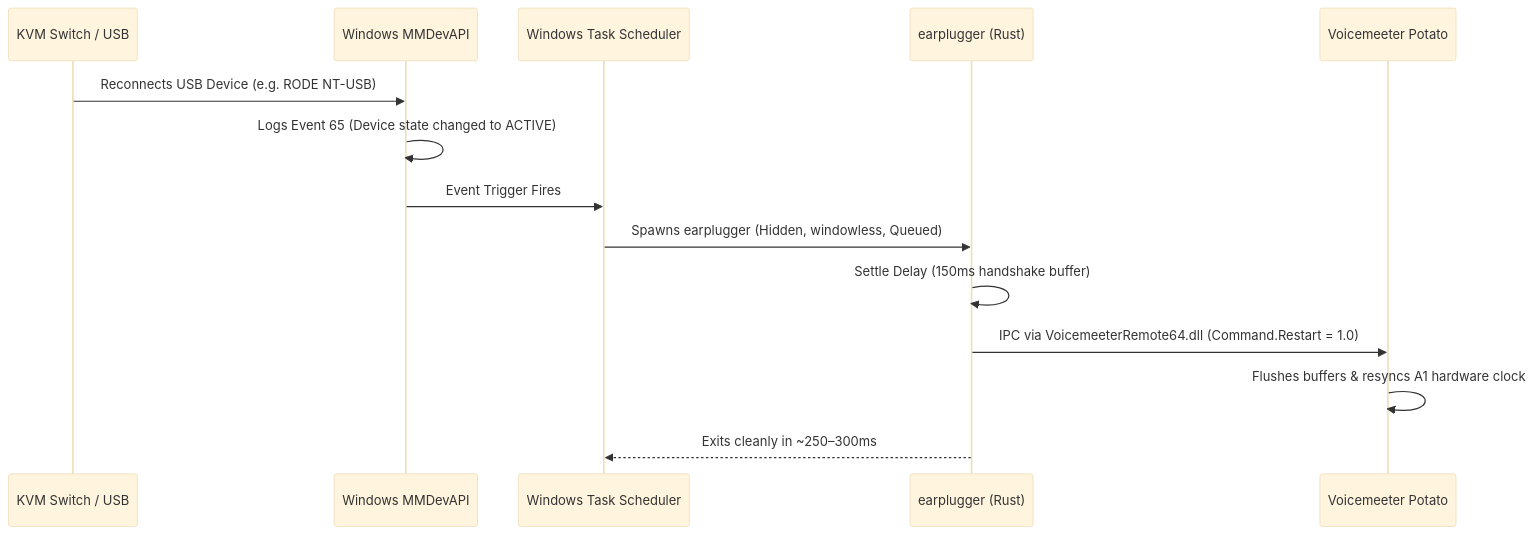
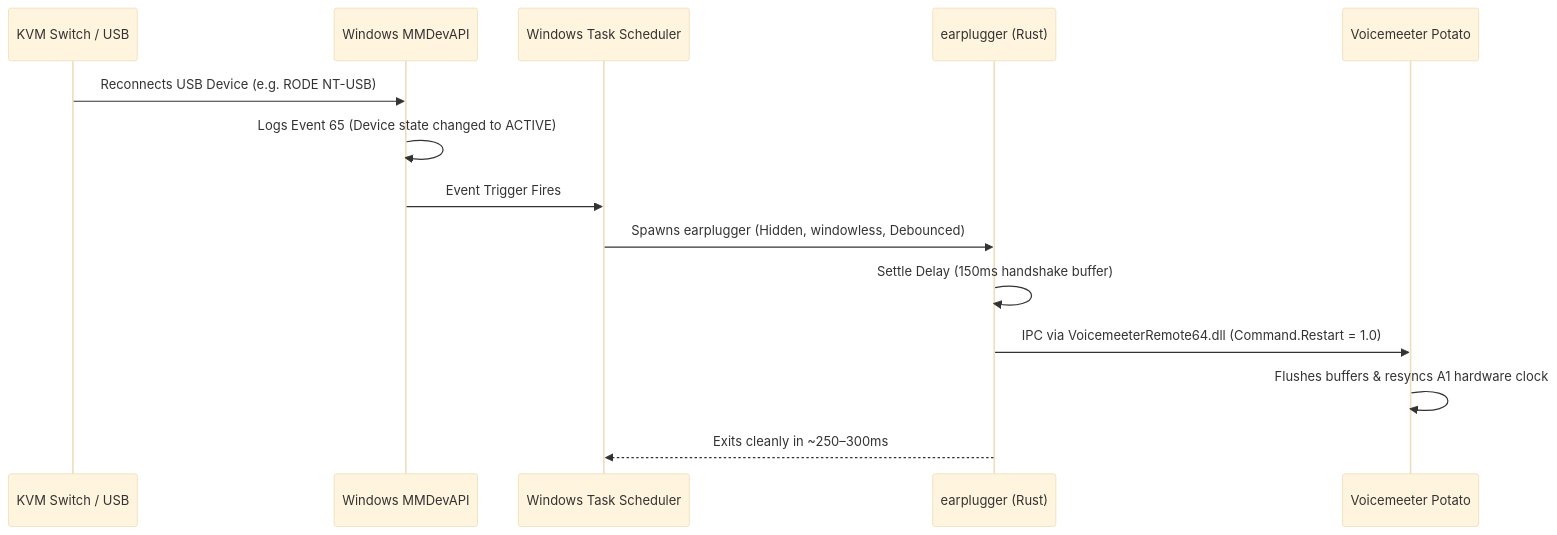
The diagram in README.md (johnathangallagher/earplugger), drawn with Mermaid (base theme) before and after one commit. The commit also changed other lines of this file and 7 other files, not shown here.

````diff
--- a/README.md
+++ b/README.md
@@ -40,17 +40,17 @@
 ```mermaid
 sequenceDiagram
     participant KVM as KVM Switch / USB
     participant Win as Windows MMDevAPI
     participant Task as Windows Task Scheduler
     participant EP as earplugger (Rust)
     participant VM as Voicemeeter Potato
 
     KVM->>Win: Reconnects USB Device (e.g. RODE NT-USB)
     Win->>Win: Logs Event 65 (Device state changed to ACTIVE)
     Win->>Task: Event Trigger Fires
-    Task->>EP: Spawns earplugger (Hidden, windowless, Queued)
+    Task->>EP: Spawns earplugger (Hidden, windowless, Debounced)
     EP->>EP: Settle Delay (150ms handshake buffer)
     EP->>VM: IPC via VoicemeeterRemote64.dll (Command.Restart = 1.0)
     VM->>VM: Flushes buffers & resyncs A1 hardware clock
     EP-->>Task: Exits cleanly in ~250–300ms
 ```
````
